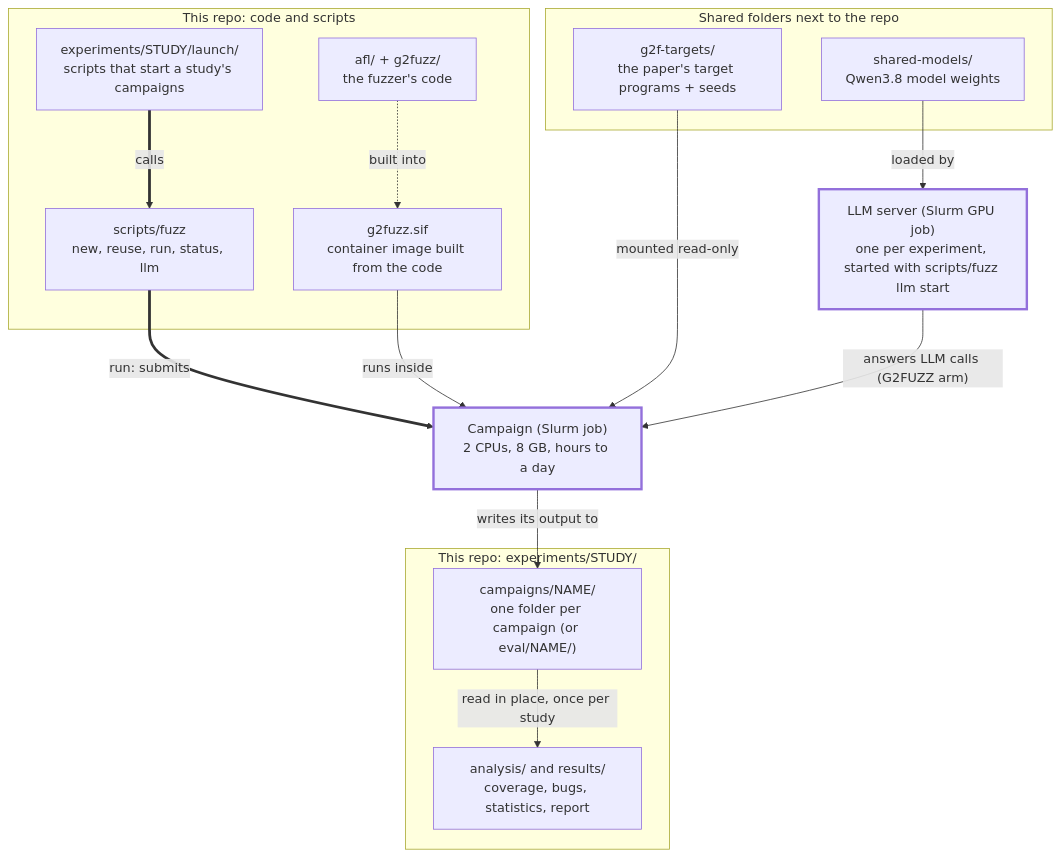
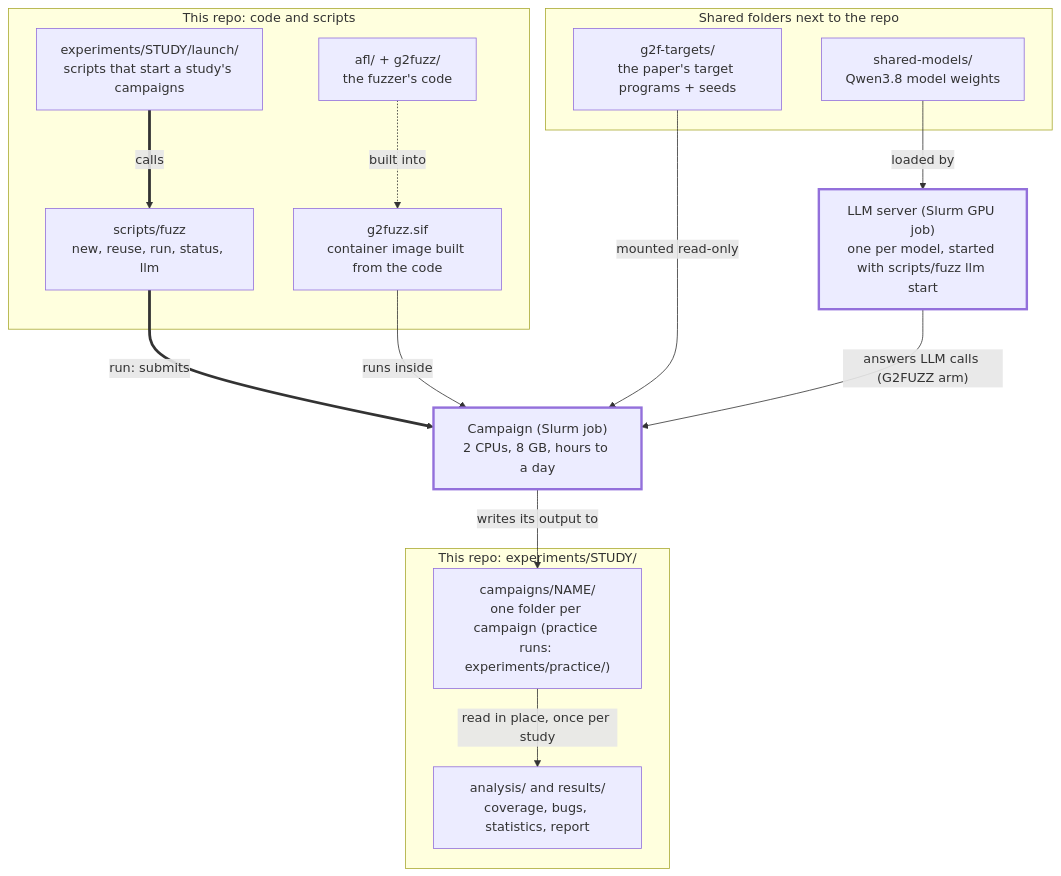
One commit to zachariahcraven/BETTER-G2FUZZ changed the first of 2 diagrams in README.md. Above: the diagram before and after it, drawn with Mermaid. The commit also changed other lines of this file and 4 other files, not shown here.

````diff
--- a/README.md
+++ b/README.md
@@ -14,31 +14,31 @@
 ```mermaid
 %%{init: {"flowchart": {"wrappingWidth": 200}}}%%
 flowchart TB
   subgraph repo["This repo: code and scripts"]
     code["afl/ + g2fuzz/<br/>the fuzzer's code"]
     image["g2fuzz.sif<br/>container image built from the code"]
     launch["experiments/STUDY/launch/<br/>scripts that start a study's campaigns"]
     fuzzsh["scripts/fuzz<br/>new, reuse, run, status, llm"]
   end
   subgraph shared["Shared folders next to the repo"]
     targets["g2f-targets/<br/>the paper's target programs + seeds"]
     models["shared-models/<br/>Qwen3.8 model weights"]
   end
-  server["LLM server (Slurm GPU job)<br/>one per experiment, started with scripts/fuzz llm start"]
+  server["LLM server (Slurm GPU job)<br/>one per model, started with scripts/fuzz llm start"]
   job["Campaign (Slurm job)<br/>2 CPUs, 8 GB, hours to a day"]
   subgraph study["This repo: experiments/STUDY/"]
-    folder["campaigns/NAME/<br/>one folder per campaign (or eval/NAME/)"]
+    folder["campaigns/NAME/<br/>one folder per campaign (practice runs: experiments/practice/)"]
     analysis["analysis/ and results/<br/>coverage, bugs, statistics, report"]
   end
   code -.->|"built into"| image
   launch ==>|"calls"| fuzzsh
   fuzzsh ==>|"run: submits"| job
   image -->|"runs inside"| job
   targets -->|"mounted read-only"| job
   models -->|"loaded by"| server
   server -->|"answers LLM calls (G2FUZZ arm)"| job
   job -->|"writes its output to"| folder
   folder -->|"read in place, once per study"| analysis
   classDef slurm stroke-width:3px
   class server,job slurm
 ```
````
